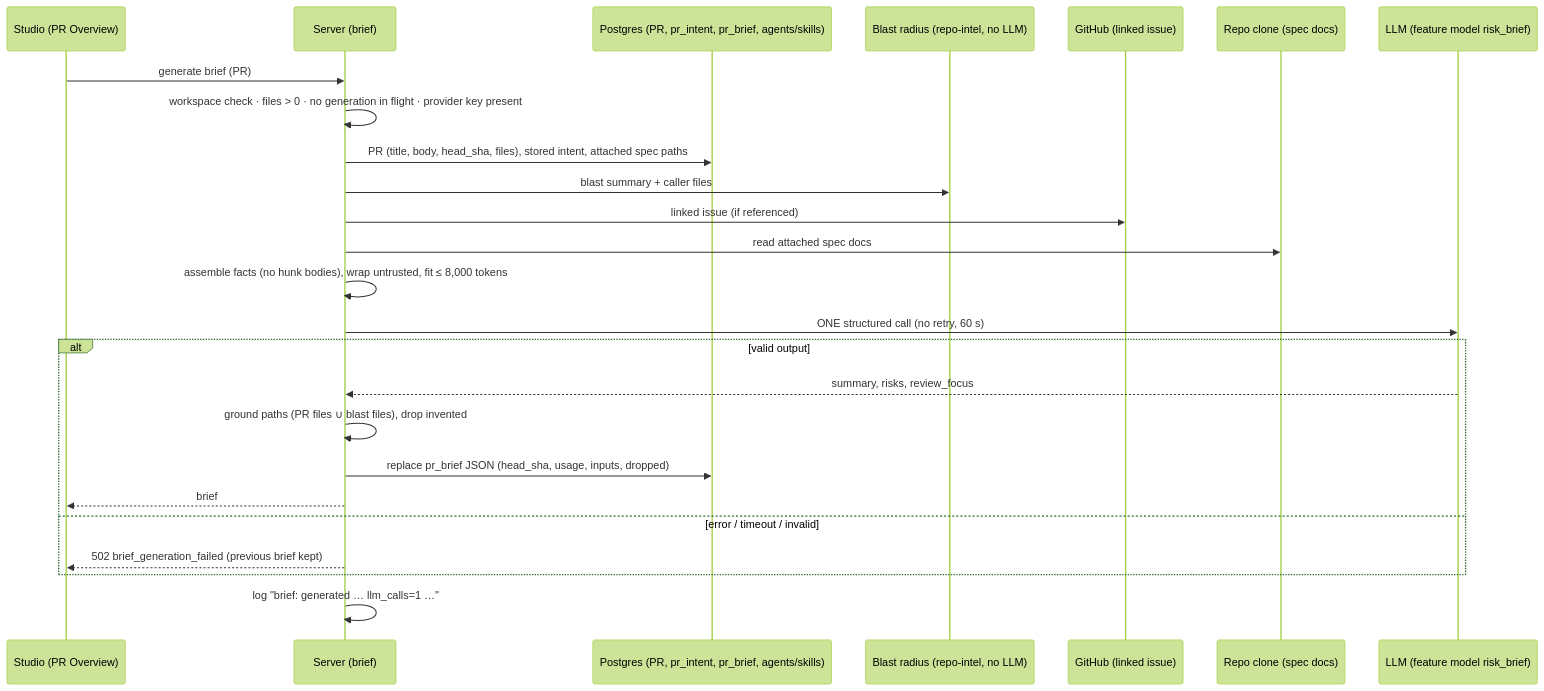
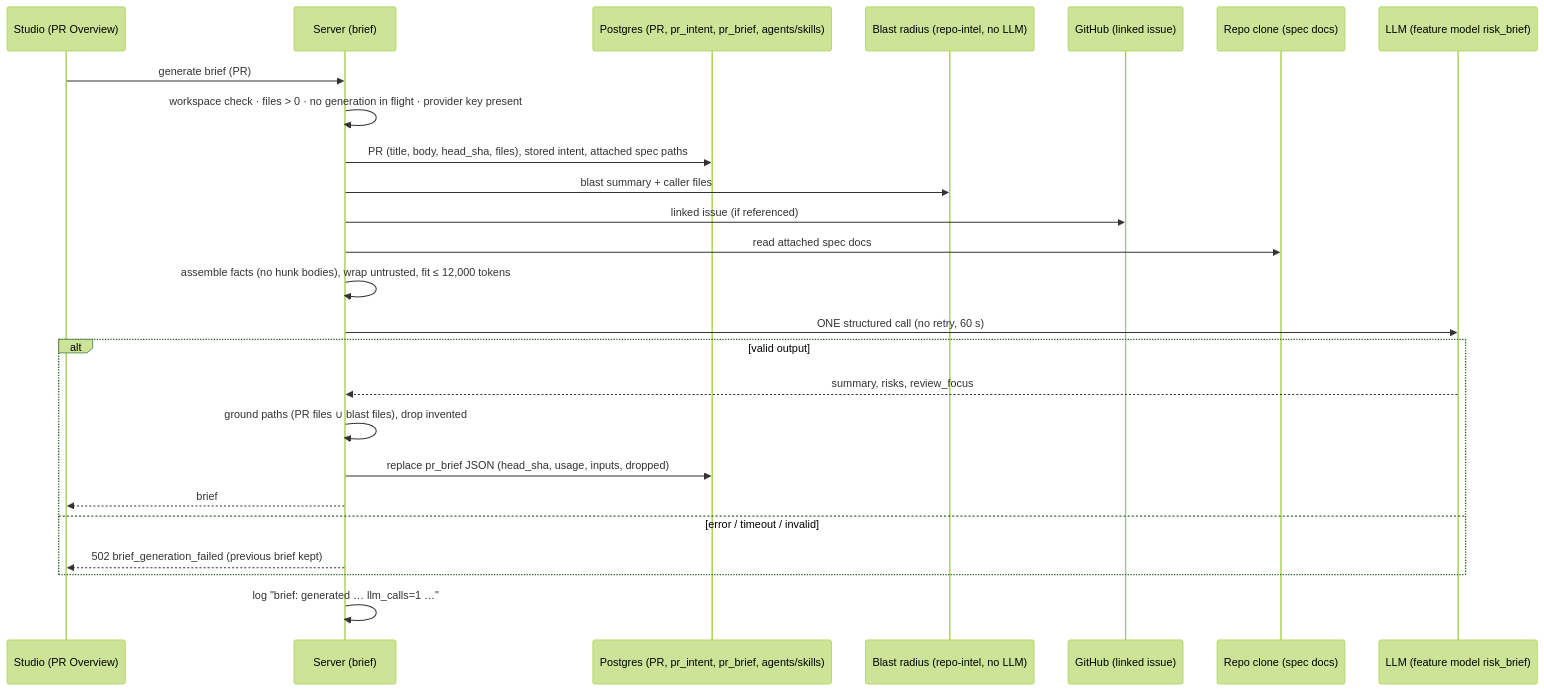
One commit to vzhut/dev-digest changed the first of 2 diagrams in specs/2026-10-02-pr-brief.md. Above: the diagram before and after it, drawn with Mermaid (forest theme). The commit also changed other lines of this file and 4 other files, not shown here.

````diff
--- a/specs/2026-10-02-pr-brief.md
+++ b/specs/2026-10-02-pr-brief.md
@@ -389,27 +397,27 @@
 ```mermaid
 sequenceDiagram
   participant UI as Studio (PR Overview)
   participant API as Server (brief)
   participant DB as Postgres (PR, pr_intent, pr_brief, agents/skills)
   participant RI as Blast radius (repo-intel, no LLM)
   participant GH as GitHub (linked issue)
   participant FS as Repo clone (spec docs)
   participant LLM as LLM (feature model risk_brief)
   UI->>API: generate brief (PR)
   API->>API: workspace check · files > 0 · no generation in flight · provider key present
   API->>DB: PR (title, body, head_sha, files), stored intent, attached spec paths
   API->>RI: blast summary + caller files
   API->>GH: linked issue (if referenced)
   API->>FS: read attached spec docs
-  API->>API: assemble facts (no hunk bodies), wrap untrusted, fit ≤ 8,000 tokens
+  API->>API: assemble facts (no hunk bodies), wrap untrusted, fit ≤ 12,000 tokens
   API->>LLM: ONE structured call (no retry, 60 s)
   alt valid output
     LLM-->>API: summary, risks, review_focus
     API->>API: ground paths (PR files ∪ blast files), drop invented
     API->>DB: replace pr_brief JSON (head_sha, usage, inputs, dropped)
     API-->>UI: brief
   else error / timeout / invalid
     API-->>UI: 502 brief_generation_failed (previous brief kept)
   end
   API->>API: log "brief: generated … llm_calls=1 …"
 ```
````
